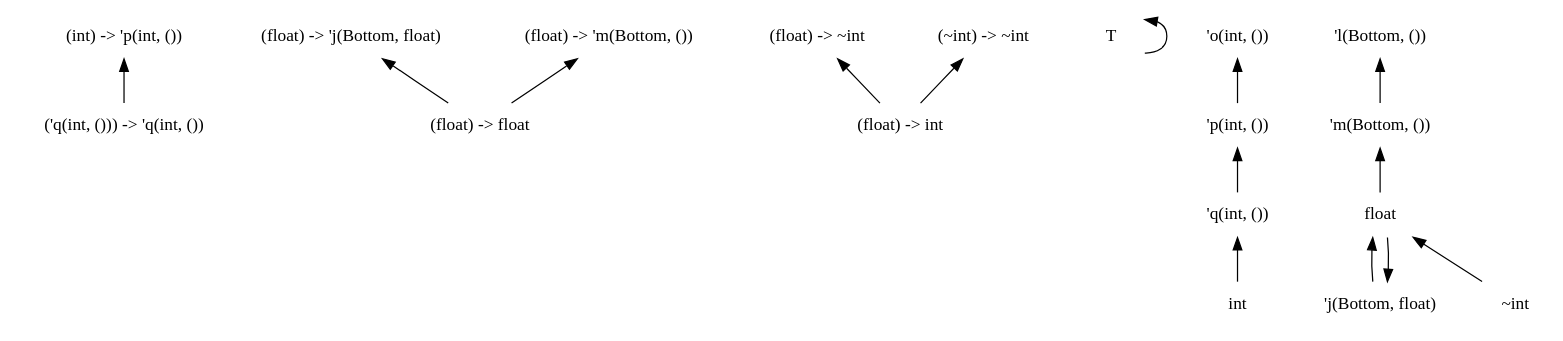
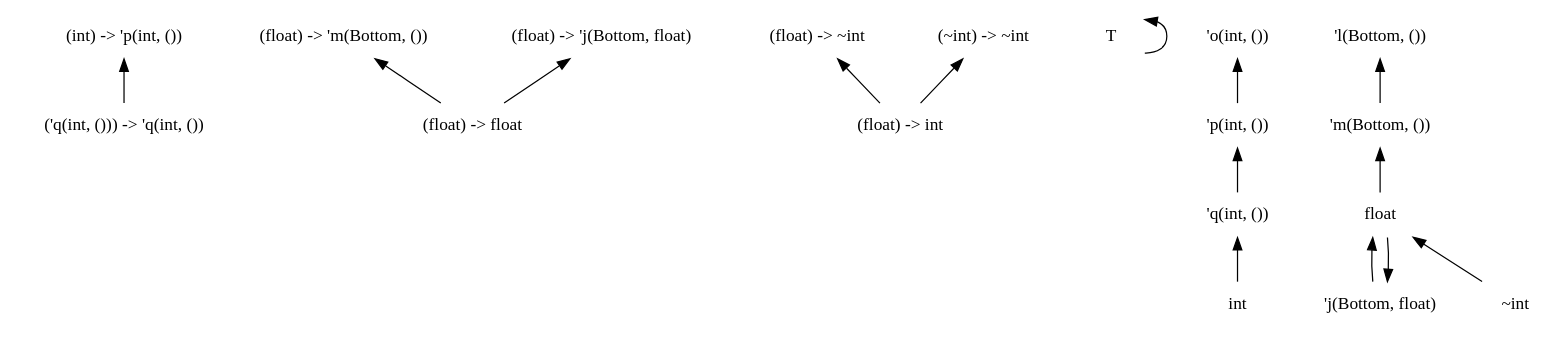
One commit to chocobo333/regino changed the diagram in dots/6.dot. Above: the diagram before and after it, drawn with Graphviz. The commit also changed other lines of this file and 40 other files, not shown here.

```diff
--- a/dots/6.dot
+++ b/dots/6.dot
@@ -1,43 +1,43 @@
 digraph order {
   graph [
     size = "30,10"
     ];
   node [
     shape = none
     ];
   edge [
     dir = back
     ];
   "('q(int, ())) -> 'q(int, ())"
-  "(float) -> 'j(Bottom, float)"
+  "(float) -> 'm(Bottom, ())"
   "(int) -> 'p(int, ())"
   "(float) -> ~int"
   "(~int) -> ~int"
-  "(float) -> 'm(Bottom, ())"
+  "(float) -> 'j(Bottom, float)"
   "T"
   "'p(int, ())"
   "'q(int, ())"
   "'m(Bottom, ())"
   "'j(Bottom, float)"
   "'o(int, ())"
   "'l(Bottom, ())"
   "float"
   "int"
   "~int"
   "(float) -> int"
   "(float) -> float"
   "(~int) -> ~int" -> "(float) -> int"
+  "(float) -> 'j(Bottom, float)" -> "(float) -> float"
   "(float) -> 'm(Bottom, ())" -> "(float) -> float"
-  "(float) -> 'j(Bottom, float)" -> "(float) -> float"
   "T" -> "T"
   "float" -> "'j(Bottom, float)"
   "float" -> "~int"
   "'o(int, ())" -> "'p(int, ())"
   "'q(int, ())" -> "int"
   "'p(int, ())" -> "'q(int, ())"
   "'l(Bottom, ())" -> "'m(Bottom, ())"
+  "'m(Bottom, ())" -> "float"
   "'j(Bottom, float)" -> "float"
-  "'m(Bottom, ())" -> "float"
   "(int) -> 'p(int, ())" -> "('q(int, ())) -> 'q(int, ())"
   "(float) -> ~int" -> "(float) -> int"
 }
```
